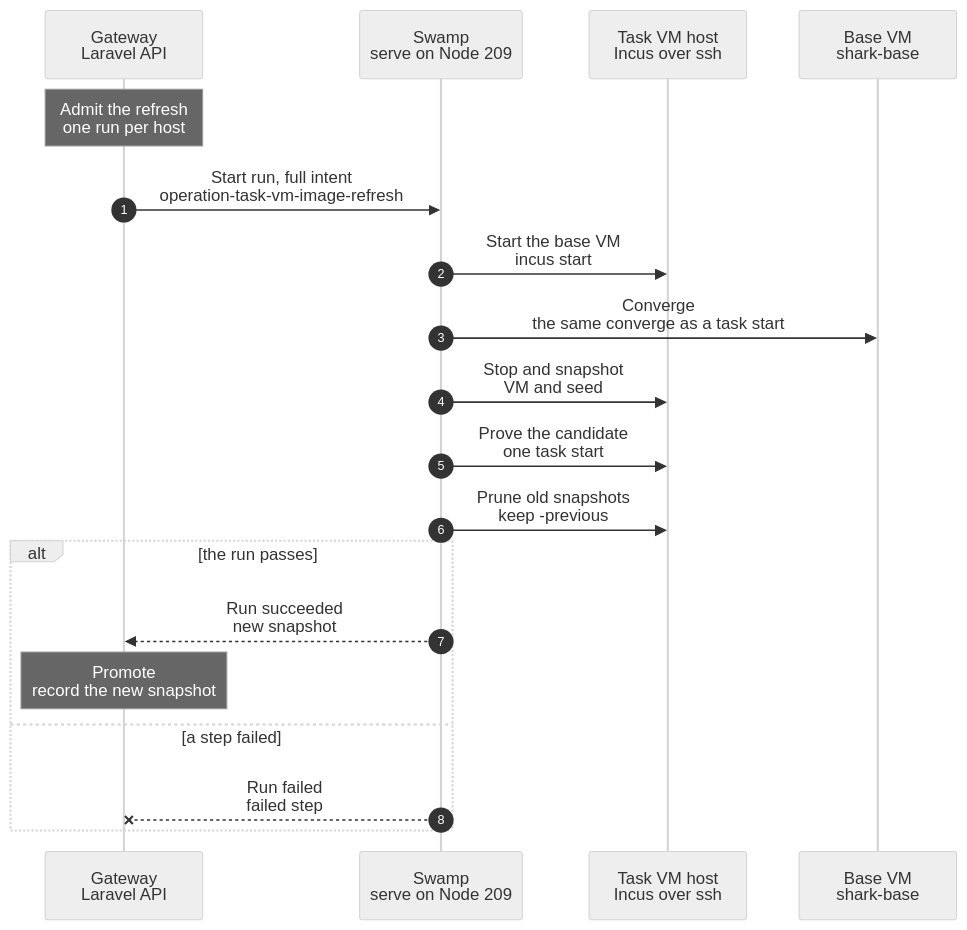
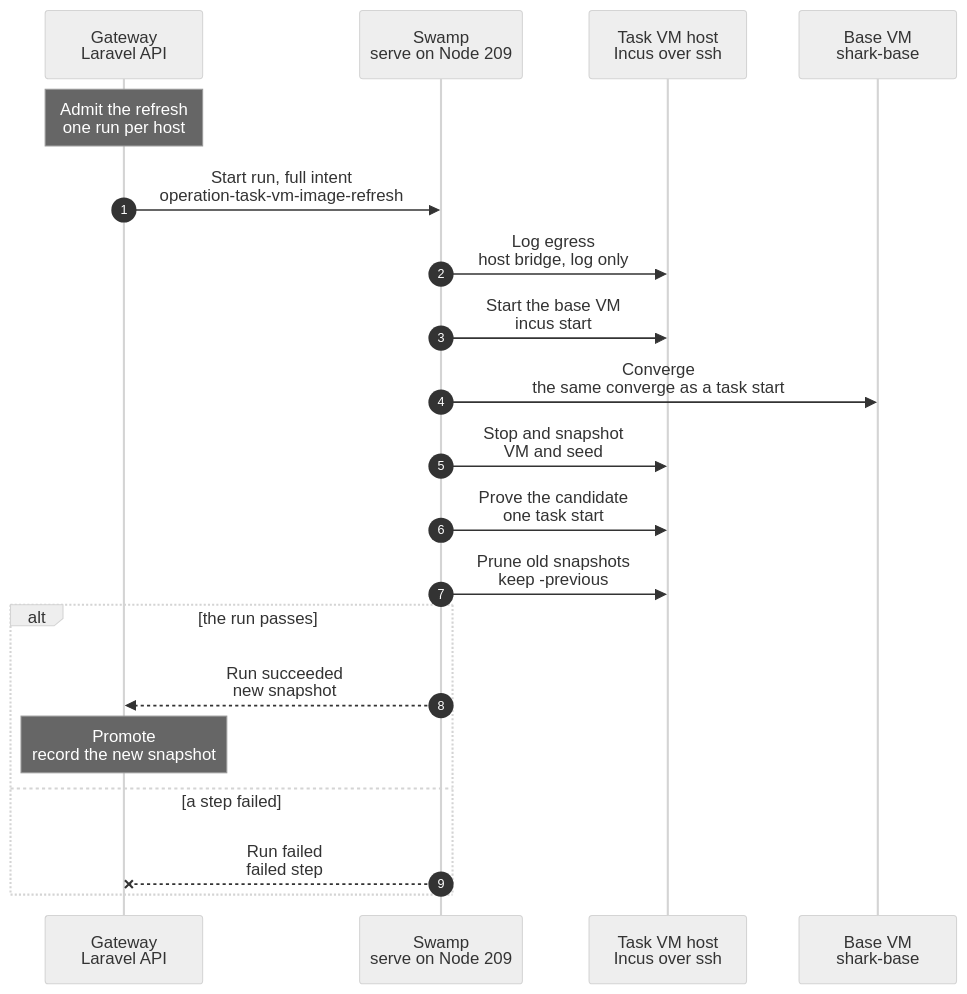
Before and after one commit to hardimpactdev/orbit: the diagram in docs/cli/tasks/vm-image-refresh.mmd, drawn with Mermaid (neutral theme). The commit also changed 8 other files, not shown here.

First line of the commit message:
swamp: log task VM egress on the host bridge (#3163)

```diff
--- a/docs/cli/tasks/vm-image-refresh.mmd
+++ b/docs/cli/tasks/vm-image-refresh.mmd
@@ -1,46 +1,51 @@
 sequenceDiagram
   %% Target design (agreed with Nick, 2026-11-07): each task VM host keeps one stopped base VM, `shark-base`, that never gets an identity. Its ZFS snapshot is the base a task start copies; there is no Incus image and no publish. After a release, and daily, the base VM converges and a new snapshot becomes the base, so a task start's converge stays near a no-op.
   %% status: draft
   %% command: none · after a release, and daily
   %% kind: task_vm.image_refresh
   autonumber
   %% lane GW icon=gateway pill=intent tone=blue
   %% lane SW icon=workflow pill=executes tone=green
   %% lane H icon=server pill=target tone=amber
   %% lane VM icon=server pill=base VM tone=purple
   participant GW as Gateway<br/>Laravel API
   participant SW as Swamp<br/>serve on Node 209
   participant H as Task VM host<br/>Incus over ssh
   participant VM as Base VM<br/>shark-base
   Note over GW: Admit the refresh<br/>one run per host
   GW->>SW: Start run, full intent<br/>operation-task-vm-image-refresh
+  SW->>H: Log egress<br/>host bridge, log only
+  %%> What it does:
+  %%> - sets up the egress log of the host bridge (Ansible part `egress-log`): an nftables rule logs each new outside connection of a task VM, rsyslog writes it to its own file, and dnsmasq logs the DNS queries; nothing is blocked
+  %%> - the first run sets `raw.dnsmasq`, which runs the whole setup of the bridge again and restarts its dnsmasq: running VMs lose DNS for about a second, so it should run when no provision is running; Incus then runs that dnsmasq without its AppArmor profile, as the user `incus`
+  %%> - it runs before the base is touched; only a safety check fails the run (rules that do not load, a bridge with IPv6, an ACL without its drop rule) and starts no rollback; other checks warn
   SW->>H: Start the base VM<br/>incus start
   %%> What it does:
   %%> - starts the stopped base VM; about 10 s to its guest agent; its containers start with it
   %%> - a host without a base VM gets it here, once: `incus init` from the stock Ubuntu VM image that `task-vms:prepare-host` copied, an empty seed volume, and a first boot that makes the `orbit` account with the key of the Swamp control Node and installs the SSH server; the converge builds everything else
   %%> - the task VM project keeps `restricted.snapshots=allow`: the base is a snapshot, and only a host API client can take one
   SW->>VM: Converge<br/>the same converge as a task start
   %%> What it does:
   %%> - each part runs only when its digest changed: the outer VM, the warm checkout at the release commit, each container
   %%> - no wait for the nested Gateway and no identity wipe: the base VM never gets an identity, and readiness belongs to a task start
   %%> - the boot phase bakes the Orbit root CA and the firewall into the base, and the `orbit-identity` unit that mounts a copy's identity share and applies it before sshd, WireGuard and the agent; a base VM has no share, so the unit skips
   SW->>H: Stop and snapshot<br/>VM and seed
   %%> What it does:
   %%> - stops the base VM and snapshots it and its seed volume under the run's name; ZFS snapshots, about 1 s
   SW->>H: Prove the candidate<br/>one task start
   %%> What it does:
   %%> - steps 2 to 4 of a task start from the new snapshot in a free slot, then its release
   SW->>H: Prune old snapshots<br/>keep -previous
   %%> What it does:
   %%> - keeps the new snapshot and the one before it; removes older ones of the VM and the seed
   alt the run passes
     SW-->>GW: Run succeeded<br/>new snapshot
     Note over GW: Promote<br/>record the new snapshot
     %%> Result:
     %%> - task starts copy the new snapshot; the one before it is `-previous`
     %%> - target: about 25 s for a no-op refresh before the proof (boot 10 s, converge 8 s, stop 5 s, snapshot 1 s); the first refresh of a new host builds the whole base, so it takes much longer
   else a step failed
     SW--xGW: Run failed<br/>failed step
     %%> On failure:
     %%> - the base VM is stopped and rolled back to the recorded snapshot, and a new snapshot is removed; task starts keep the recorded one
   end
```
